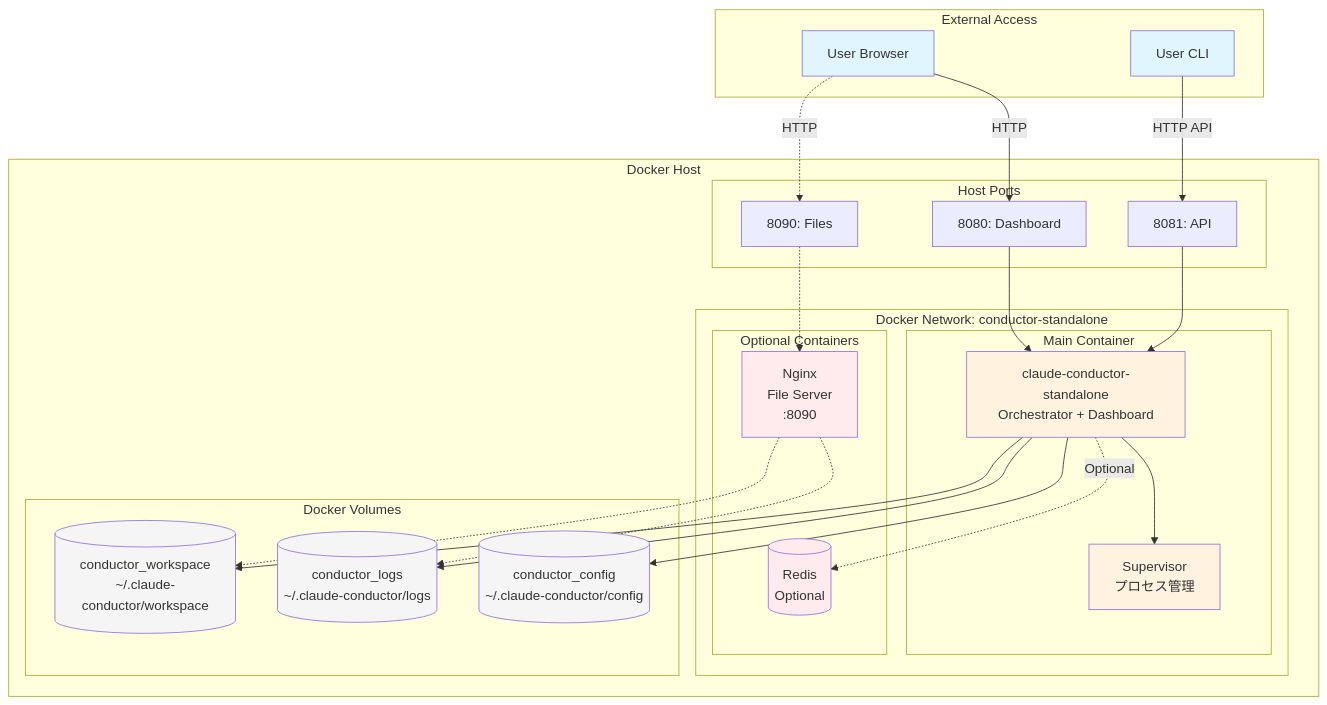
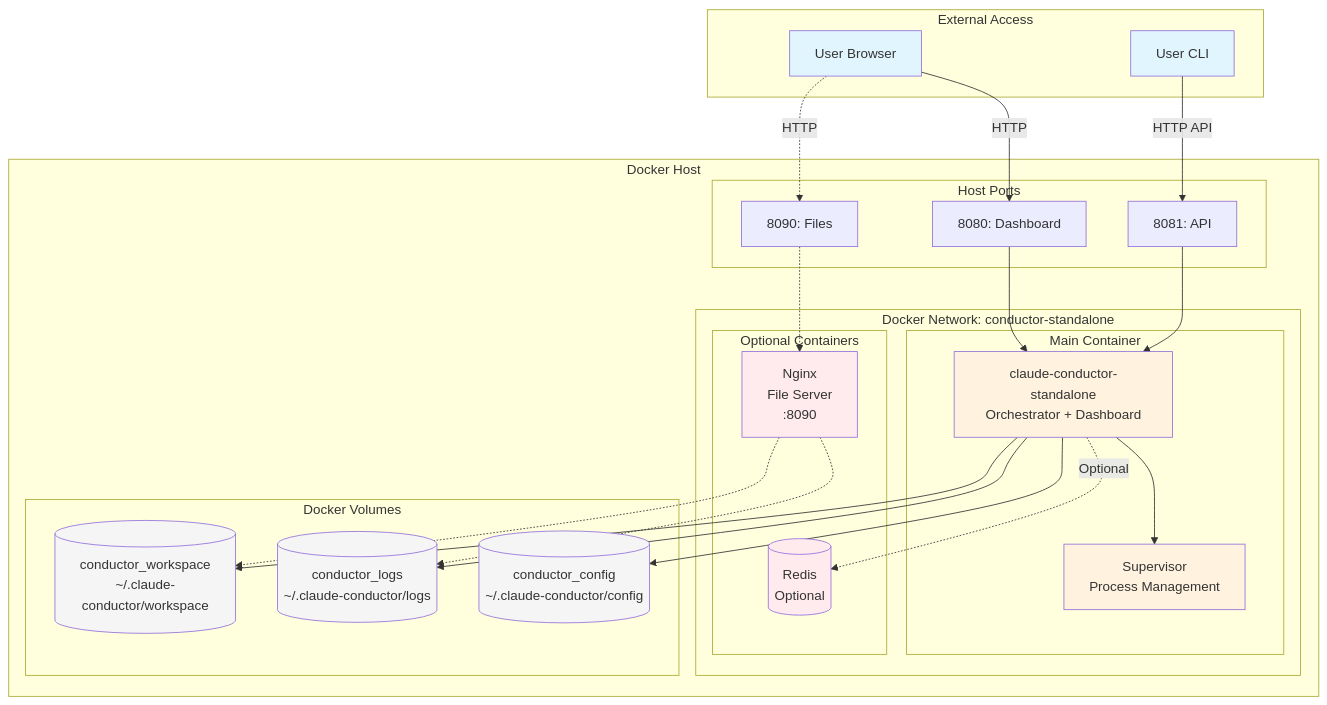
Before and after one commit to ootakazuhiko/claude-conductor: the second of 5 diagrams in docs/architecture-standalone.md, drawn with Mermaid. The commit also changed other lines of this file and 3 other files, not shown here.

First line of the commit message:
Complete bilingual documentation standardization for architecture and specialized docs

````diff
--- a/docs/architecture-standalone.md
+++ b/docs/architecture-standalone.md
@@ -82,60 +91,60 @@
 ```mermaid
 graph TB
     subgraph "Docker Host"
         subgraph "Docker Network: conductor-standalone"
             subgraph "Main Container"
                 ConductorContainer[claude-conductor-standalone<br/>Orchestrator + Dashboard]
-                Supervisor[Supervisor<br/>プロセス管理]
+                Supervisor[Supervisor<br/>Process Management]
             end
             
             subgraph "Optional Containers"
                 Redis[(Redis<br/>Optional)]
                 FileServer[Nginx<br/>File Server<br/>:8090]
             end
         end
         
         subgraph "Docker Volumes"
             VolumeWorkspace[(conductor_workspace<br/>~/.claude-conductor/workspace)]
             VolumeLogs[(conductor_logs<br/>~/.claude-conductor/logs)]
             VolumeConfig[(conductor_config<br/>~/.claude-conductor/config)]
         end
         
         subgraph "Host Ports"
             Port8080[8080: Dashboard]
             Port8081[8081: API]
             Port8090[8090: Files]
         end
     end
     
     subgraph "External Access"
         UserBrowser[User Browser]
         UserCLI[User CLI]
     end
     
     UserBrowser -->|HTTP| Port8080
     UserCLI -->|HTTP API| Port8081
     UserBrowser -.->|HTTP| Port8090
     
     Port8080 --> ConductorContainer
     Port8081 --> ConductorContainer
     Port8090 -.-> FileServer
     
     ConductorContainer --> Supervisor
     ConductorContainer -.->|Optional| Redis
     
     ConductorContainer --> VolumeWorkspace
     ConductorContainer --> VolumeLogs
     ConductorContainer --> VolumeConfig
     FileServer -.-> VolumeWorkspace
     FileServer -.-> VolumeLogs
     
     style UserBrowser fill:#e1f5fe
     style UserCLI fill:#e1f5fe
     style ConductorContainer fill:#fff3e0
     style Supervisor fill:#fff3e0
     style Redis fill:#ffebee
     style FileServer fill:#ffebee
     style VolumeWorkspace fill:#f5f5f5
     style VolumeLogs fill:#f5f5f5
     style VolumeConfig fill:#f5f5f5
 ```
````
